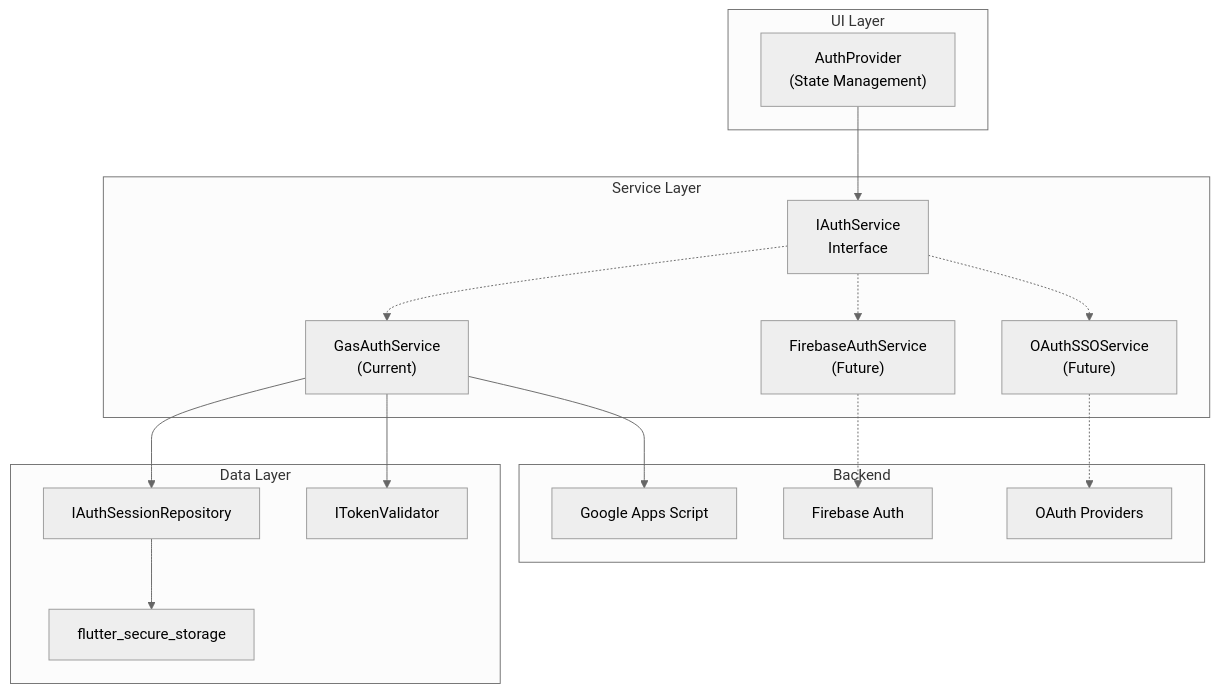
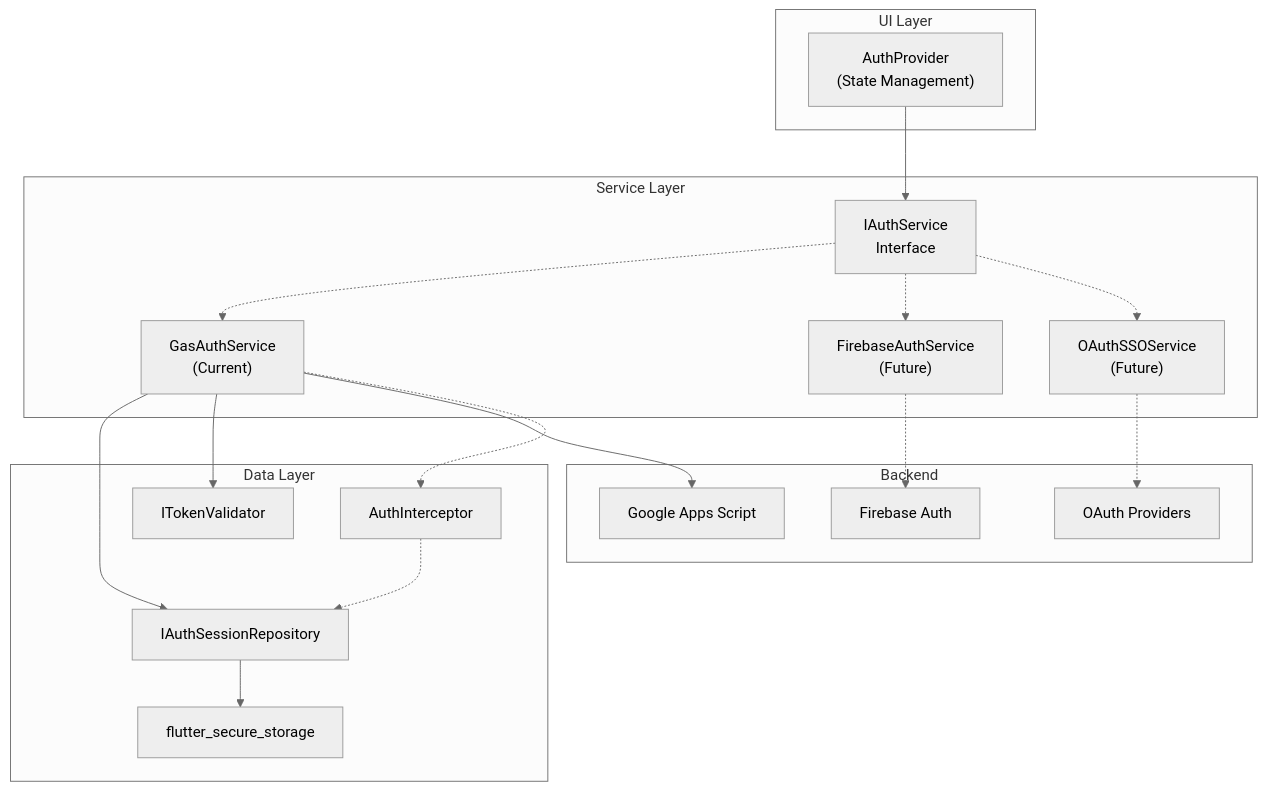
Before and after one commit to dectecx/SummitMate: the second of 4 diagrams in docs/AUTH_ARCHITECTURE.md, drawn with Mermaid (neutral theme). The commit also changed 1 other file, not shown here.

Commit message:
docs: update architecture docs for API client refactor
- chore: update architecture diagrams to include AuthInterceptor.\n- chore: reflect IApiClient interface changes in service descriptions.

````diff
--- a/docs/AUTH_ARCHITECTURE.md
+++ b/docs/AUTH_ARCHITECTURE.md
@@ -73,39 +73,42 @@
 ```mermaid
 graph TD
     subgraph "UI Layer"
         AuthProvider["AuthProvider<br/>(State Management)"]
     end
 
     subgraph "Service Layer"
         IAuthService["IAuthService<br/>Interface"]
         GasAuthService["GasAuthService<br/>(Current)"]
         FirebaseAuthService["FirebaseAuthService<br/>(Future)"]
         OAuthService["OAuthSSOService<br/>(Future)"]
     end
 
     subgraph "Data Layer"
         IAuthSessionRepo["IAuthSessionRepository"]
         ITokenValidator["ITokenValidator"]
+        AuthInterceptor["AuthInterceptor"]
         SecureStorage["flutter_secure_storage"]
     end
 
     subgraph "Backend"
         GAS["Google Apps Script"]
         Firebase["Firebase Auth"]
         OAuth["OAuth Providers"]
     end
 
     AuthProvider --> IAuthService
     IAuthService -.-> GasAuthService
     IAuthService -.-> FirebaseAuthService
     IAuthService -.-> OAuthService
 
     GasAuthService --> IAuthSessionRepo
     GasAuthService --> ITokenValidator
     GasAuthService --> GAS
+    AuthInterceptor -.-> IAuthSessionRepo
+    GasAuthService -.-> AuthInterceptor
 
     FirebaseAuthService -.-> Firebase
     OAuthService -.-> OAuth
 
     IAuthSessionRepo --> SecureStorage
 ```
````
